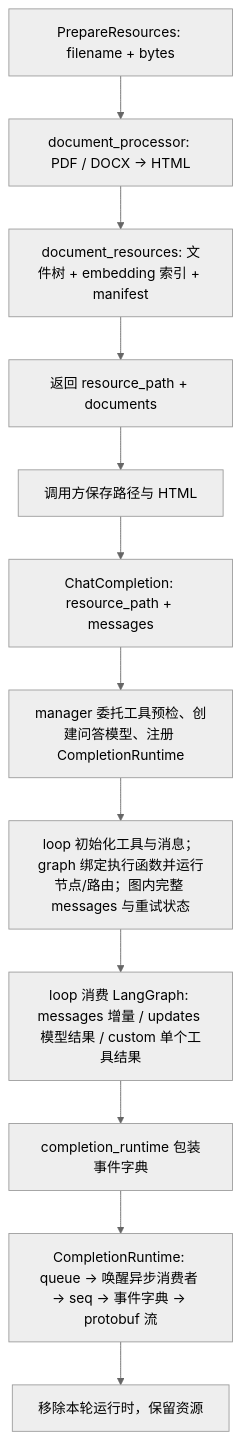
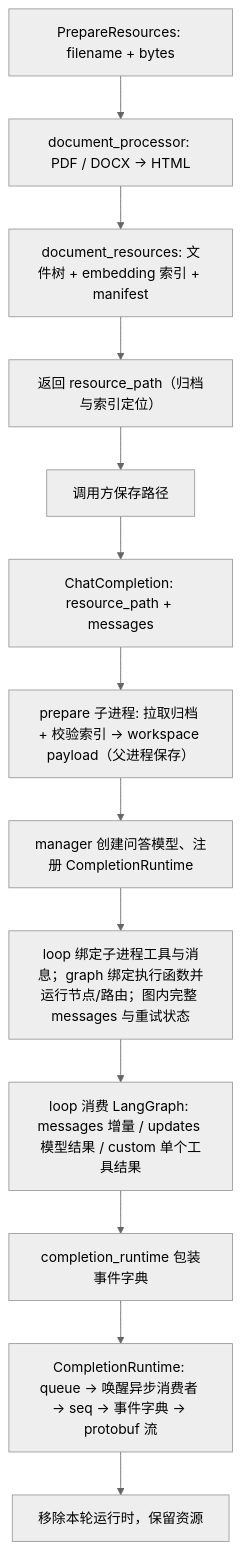
Before and after one commit to ADChahaha/TraceAgent: the first of 3 diagrams in agent/service/file_extraction_agent/docs/flowchart.md, drawn with Mermaid (neutral theme). The commit also changed other lines of this file and 45 other files, not shown here.

````diff
--- a/agent/service/file_extraction_agent/docs/flowchart.md
+++ b/agent/service/file_extraction_agent/docs/flowchart.md
@@ -5,14 +5,15 @@
 ```mermaid
 flowchart TD
     A["PrepareResources: filename + bytes"] --> B["document_processor: PDF / DOCX → HTML"]
     B --> C["document_resources: 文件树 + embedding 索引 + manifest"]
-    C --> D["返回 resource_path + documents"]
-    D --> E["调用方保存路径与 HTML"]
+    C --> D["返回 resource_path（归档与索引定位）"]
+    D --> E["调用方保存路径"]
     E --> F["ChatCompletion: resource_path + messages"]
-    F --> G["manager 委托工具预检、创建问答模型、注册 CompletionRuntime"]
-    G --> H["loop 初始化工具与消息；graph 绑定执行函数并运行节点/路由；图内完整 messages 与重试状态"]
+    F --> P["prepare 子进程: 拉取归档 + 校验索引 → workspace payload（父进程保存）"]
+    P --> G["manager 创建问答模型、注册 CompletionRuntime"]
+    G --> H["loop 绑定子进程工具与消息；graph 绑定执行函数并运行节点/路由；图内完整 messages 与重试状态"]
     H --> I["loop 消费 LangGraph: messages 增量 / updates 模型结果 / custom 单个工具结果"]
     I --> J["completion_runtime 包装事件字典"]
     J --> K["CompletionRuntime: queue → 唤醒异步消费者 → seq → 事件字典 → protobuf 流"]
     K --> L["移除本轮运行时，保留资源"]
 ```
````
